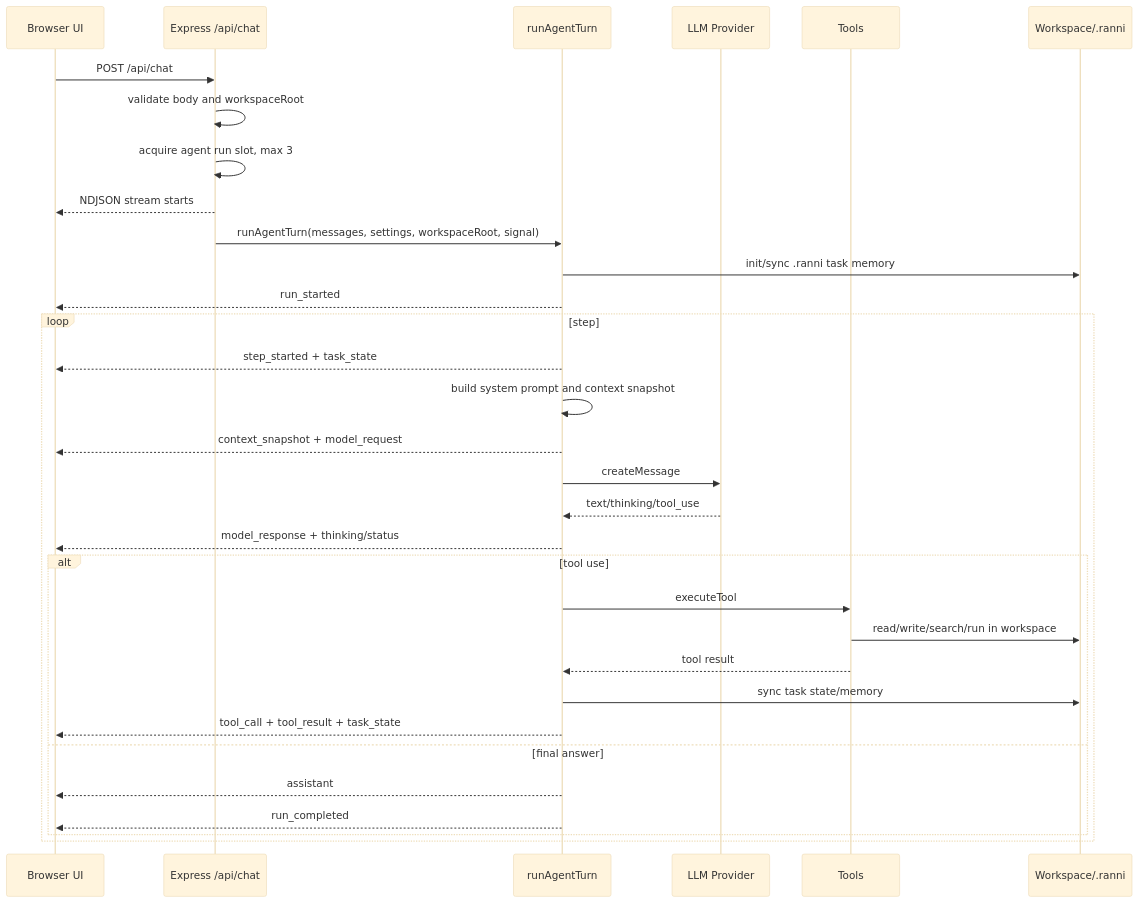
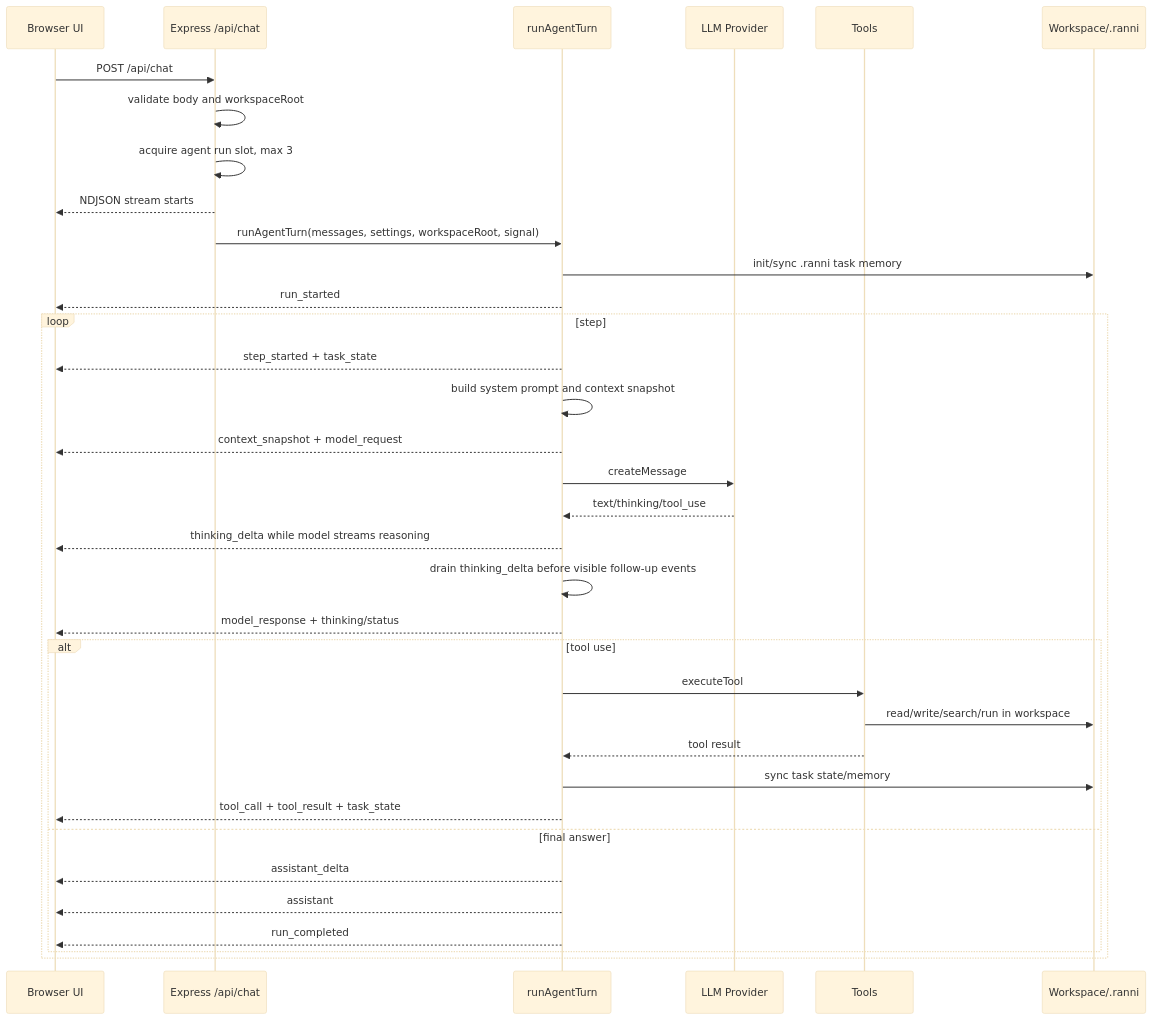
The second of 2 diagrams in docs/runtime-architecture.md (Carri1Sun/Ranni), drawn with Mermaid (base theme) before and after one commit. The commit also changed other lines of this file and 41 other files, not shown here.

````diff
--- a/docs/runtime-architecture.md
+++ b/docs/runtime-architecture.md
@@ -39,35 +39,38 @@
 ```mermaid
 sequenceDiagram
   participant UI as Browser UI
   participant API as Express /api/chat
   participant Agent as runAgentTurn
   participant Model as LLM Provider
   participant Tool as Tools
   participant FS as Workspace/.ranni
 
   UI->>API: POST /api/chat
   API->>API: validate body and workspaceRoot
   API->>API: acquire agent run slot, max 3
   API-->>UI: NDJSON stream starts
   API->>Agent: runAgentTurn(messages, settings, workspaceRoot, signal)
   Agent->>FS: init/sync .ranni task memory
   Agent-->>UI: run_started
   loop step
     Agent-->>UI: step_started + task_state
     Agent->>Agent: build system prompt and context snapshot
     Agent-->>UI: context_snapshot + model_request
     Agent->>Model: createMessage
     Model-->>Agent: text/thinking/tool_use
+    Agent-->>UI: thinking_delta while model streams reasoning
+    Agent->>Agent: drain thinking_delta before visible follow-up events
     Agent-->>UI: model_response + thinking/status
     alt tool use
       Agent->>Tool: executeTool
       Tool->>FS: read/write/search/run in workspace
       Tool-->>Agent: tool result
       Agent->>FS: sync task state/memory
       Agent-->>UI: tool_call + tool_result + task_state
     else final answer
+      Agent-->>UI: assistant_delta
       Agent-->>UI: assistant
       Agent-->>UI: run_completed
     end
   end
 ```
````
